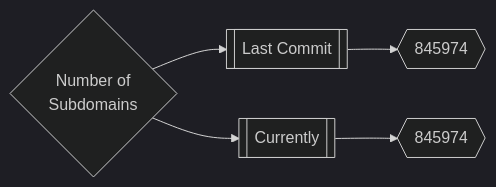
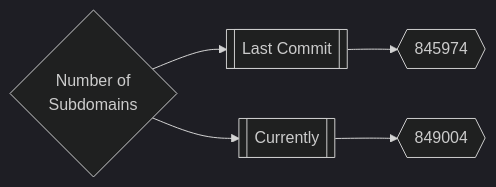
Before and after one commit to trickest/inventory: the first of 3 diagrams in README.md, drawn with Mermaid (dark theme). The commit also changed other lines of this file, not shown here.

````diff
--- a/README.md
+++ b/README.md
@@ -165,5 +165,5 @@
 ```mermaid
 graph LR
 title{Number of<br>Subdomains} --> subdomainsDate1[[Last Commit]] --> subdomainsNum1{{845974}}
-title --> subdomainsDate2[[Currently]] --> subdomainsNum2{{845974}}
+title --> subdomainsDate2[[Currently]] --> subdomainsNum2{{849004}}
 ```
````
